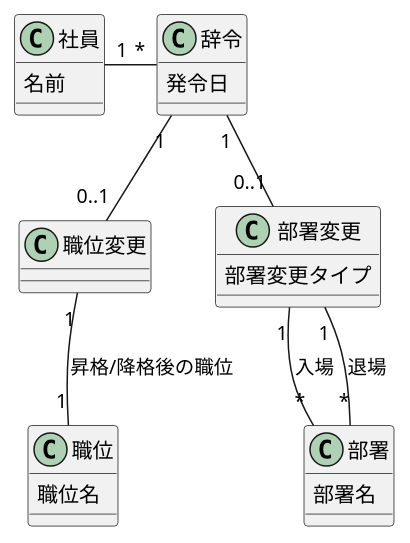
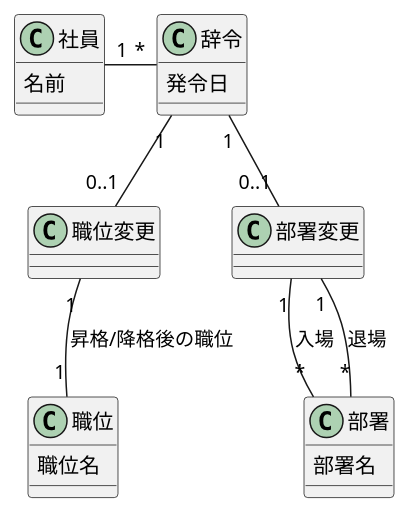
The diagram in 02/02_class.puml (maiyama18/modeling-cafe), drawn with PlantUML before and after one commit.

```diff
--- a/02/02_class.puml
+++ b/02/02_class.puml
@@ -1,35 +1,34 @@
 @startuml
 
 class "辞令" as Order {
     発令日
 }
 
 class "職位変更" as RankOrder {
 }
 
 class "部署変更" as DepartmentOrder {
-    部署変更タイプ
 }
 
 class "社員" as Employee {
     名前
 }
 
 class "部署" as Department {
     部署名
 }
 
 class "職位" as Rank {
     職位名
 }
 
 DepartmentOrder "0..1" -up- "1" Order
 RankOrder "0..1" -up- "1" Order
 
 Employee "1" -right- "*" Order
 
 RankOrder "1" -- "1" Rank : 昇格/降格後の職位
 DepartmentOrder "1" -- "*" Department : 入場
 DepartmentOrder "1" -- "*" Department : 退場
 
 @enduml
```
